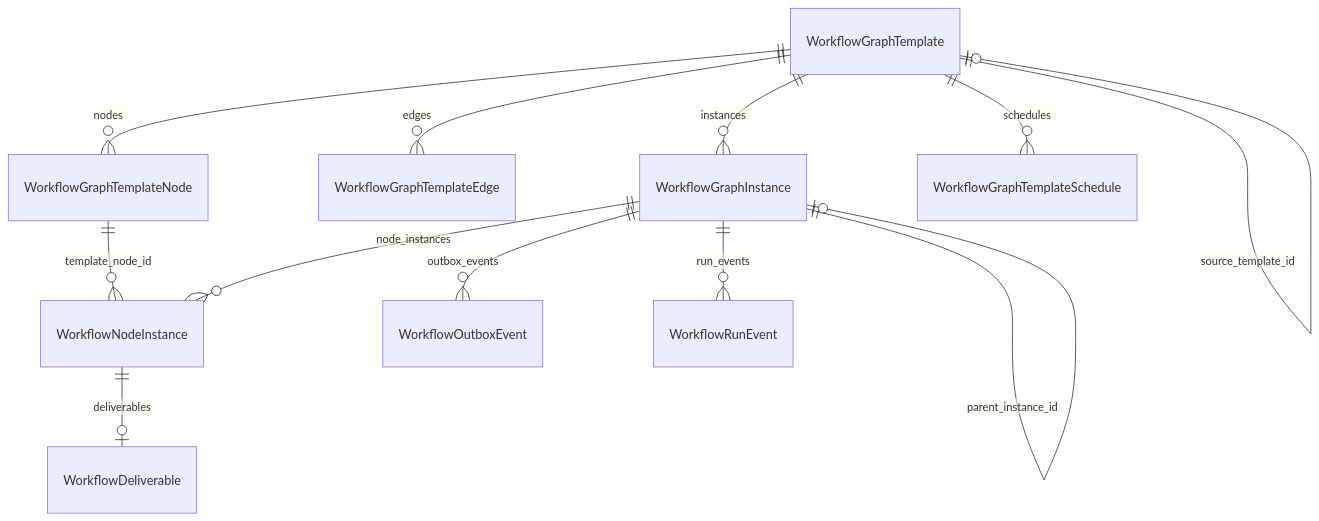
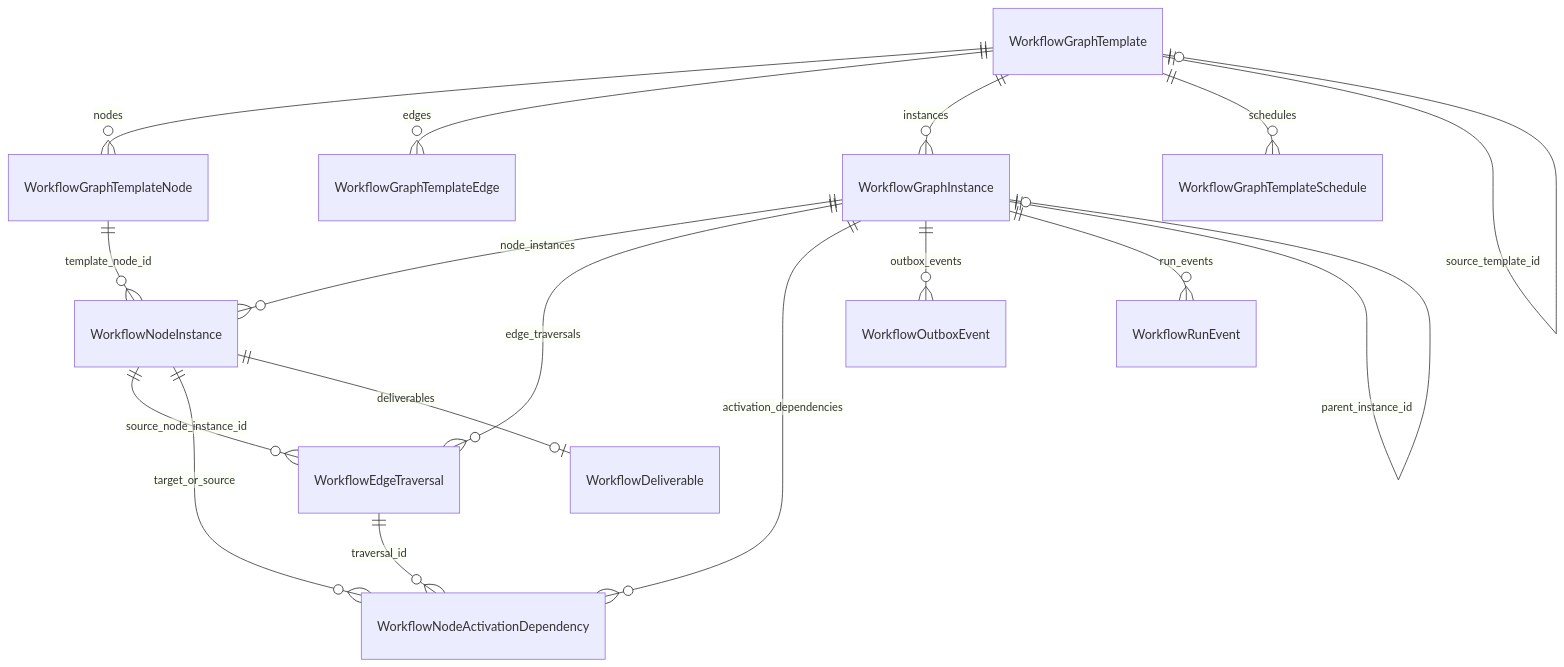
Before and after one commit to Marz42/FilumReforge: the first of 2 diagrams in memory-bank/knowledge/domains/workflow-graph-engine.md, drawn with Mermaid. The commit also changed other lines of this file and 35 other files, not shown here.

````diff
--- a/memory-bank/knowledge/domains/workflow-graph-engine.md
+++ b/memory-bank/knowledge/domains/workflow-graph-engine.md
@@ -60,16 +60,21 @@
 ```mermaid
 erDiagram
   WorkflowGraphTemplate ||--o{ WorkflowGraphTemplateNode : nodes
   WorkflowGraphTemplate ||--o{ WorkflowGraphTemplateEdge : edges
   WorkflowGraphTemplate ||--o{ WorkflowGraphInstance : instances
   WorkflowGraphTemplate ||--o{ WorkflowGraphTemplateSchedule : schedules
   WorkflowGraphTemplate ||--o| WorkflowGraphTemplate : source_template_id
 
   WorkflowGraphInstance ||--o{ WorkflowNodeInstance : node_instances
+  WorkflowGraphInstance ||--o{ WorkflowEdgeTraversal : edge_traversals
+  WorkflowGraphInstance ||--o{ WorkflowNodeActivationDependency : activation_dependencies
   WorkflowGraphInstance ||--o{ WorkflowOutboxEvent : outbox_events
   WorkflowGraphInstance ||--o{ WorkflowRunEvent : run_events
   WorkflowGraphInstance ||--o| WorkflowGraphInstance : parent_instance_id
 
   WorkflowGraphTemplateNode ||--o{ WorkflowNodeInstance : template_node_id
+  WorkflowNodeInstance ||--o{ WorkflowEdgeTraversal : source_node_instance_id
+  WorkflowNodeInstance ||--o{ WorkflowNodeActivationDependency : target_or_source
+  WorkflowEdgeTraversal ||--o{ WorkflowNodeActivationDependency : traversal_id
   WorkflowNodeInstance ||--o| WorkflowDeliverable : deliverables
 ```
````
